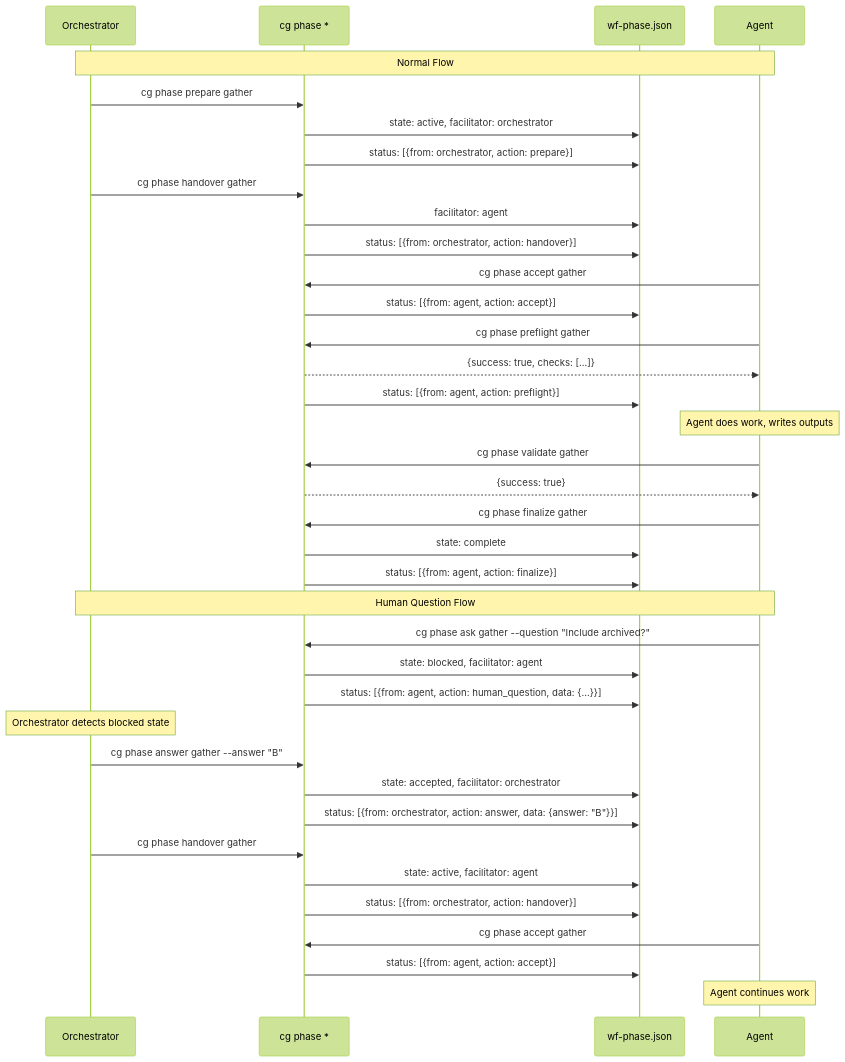
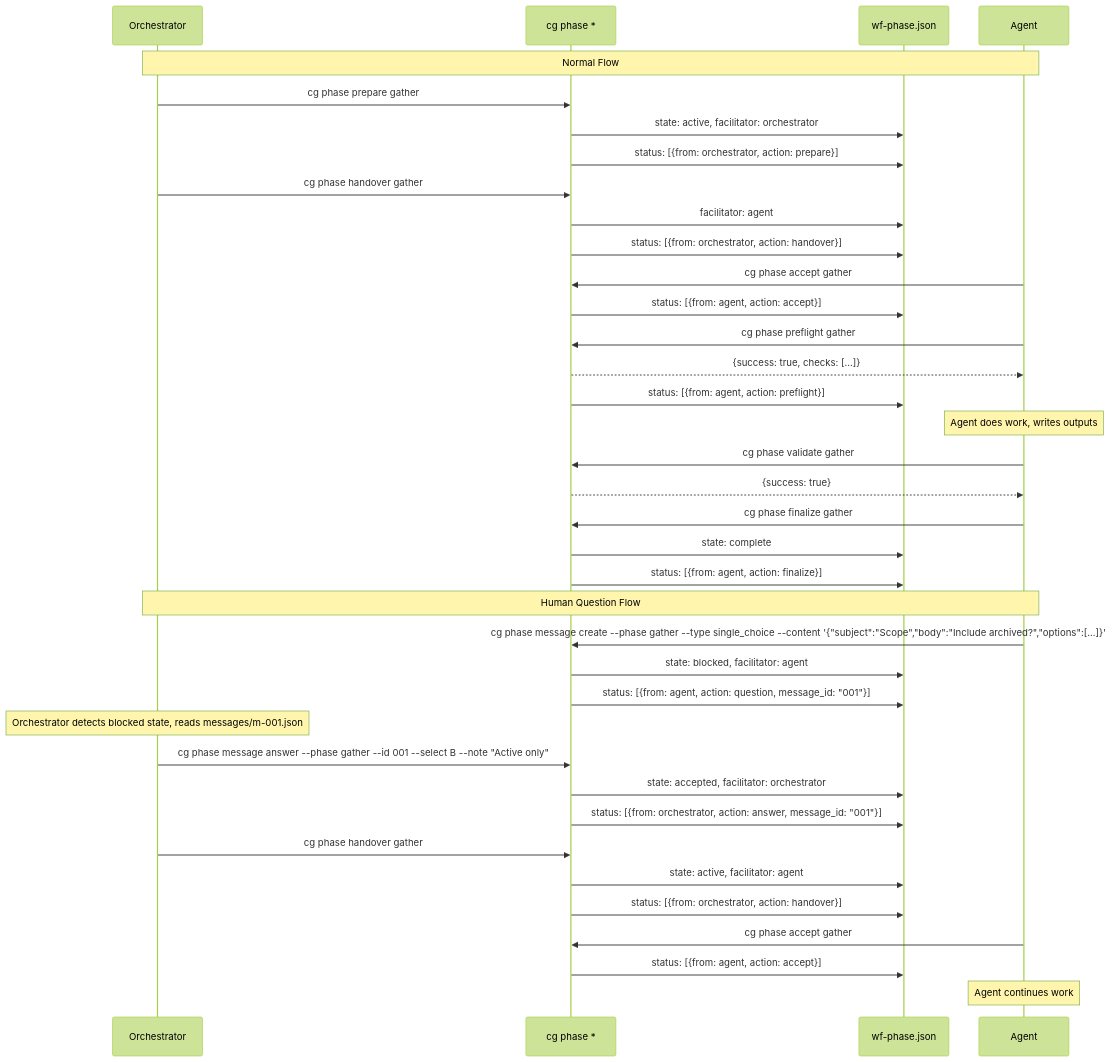
One commit to AI-Substrate/chainglass changed the fifth of 5 diagrams in docs/plans/003-wf-basics/tasks/phase-0-development-exemplar/tasks.md. Above: the diagram before and after it, drawn with Mermaid (forest theme). The commit also changed other lines of this file and 2 other files, not shown here.

````diff
--- a/docs/plans/003-wf-basics/tasks/phase-0-development-exemplar/tasks.md
+++ b/docs/plans/003-wf-basics/tasks/phase-0-development-exemplar/tasks.md
@@ -512,44 +512,44 @@
 ```mermaid
 sequenceDiagram
     participant O as Orchestrator
     participant CLI as cg phase *
     participant WF as wf-phase.json
     participant A as Agent
 
     Note over O,A: Normal Flow
     O->>CLI: cg phase prepare gather
     CLI->>WF: state: active, facilitator: orchestrator
     CLI->>WF: status: [{from: orchestrator, action: prepare}]
     O->>CLI: cg phase handover gather
     CLI->>WF: facilitator: agent
     CLI->>WF: status: [{from: orchestrator, action: handover}]
     A->>CLI: cg phase accept gather
     CLI->>WF: status: [{from: agent, action: accept}]
     A->>CLI: cg phase preflight gather
     CLI-->>A: {success: true, checks: [...]}
     CLI->>WF: status: [{from: agent, action: preflight}]
     Note over A: Agent does work, writes outputs
     A->>CLI: cg phase validate gather
     CLI-->>A: {success: true}
     A->>CLI: cg phase finalize gather
     CLI->>WF: state: complete
     CLI->>WF: status: [{from: agent, action: finalize}]
 
     Note over O,A: Human Question Flow
-    A->>CLI: cg phase ask gather --question "Include archived?"
+    A->>CLI: cg phase message create --phase gather --type single_choice --content '{"subject":"Scope","body":"Include archived?","options":[...]}'
     CLI->>WF: state: blocked, facilitator: agent
-    CLI->>WF: status: [{from: agent, action: human_question, data: {...}}]
+    CLI->>WF: status: [{from: agent, action: question, message_id: "001"}]
 
-    Note over O: Orchestrator detects blocked state
-    O->>CLI: cg phase answer gather --answer "B"
+    Note over O: Orchestrator detects blocked state, reads messages/m-001.json
+    O->>CLI: cg phase message answer --phase gather --id 001 --select B --note "Active only"
     CLI->>WF: state: accepted, facilitator: orchestrator
-    CLI->>WF: status: [{from: orchestrator, action: answer, data: {answer: "B"}}]
+    CLI->>WF: status: [{from: orchestrator, action: answer, message_id: "001"}]
 
     O->>CLI: cg phase handover gather
     CLI->>WF: state: active, facilitator: agent
     CLI->>WF: status: [{from: orchestrator, action: handover}]
 
     A->>CLI: cg phase accept gather
     CLI->>WF: status: [{from: agent, action: accept}]
     Note over A: Agent continues work
 ```
````
